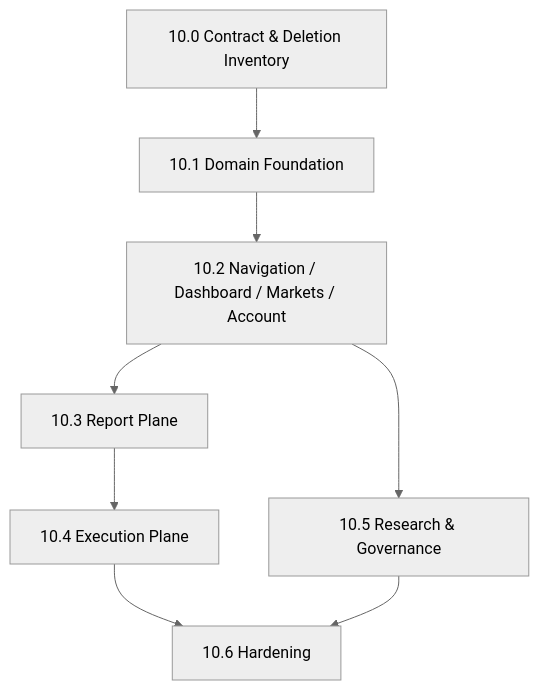
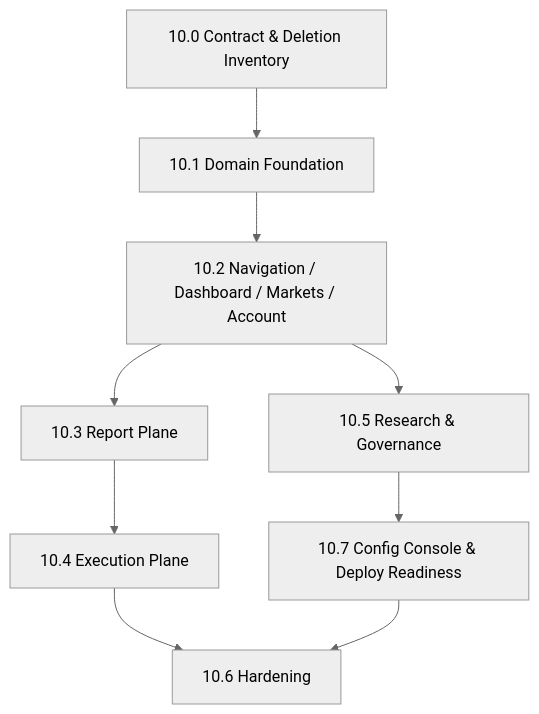
One commit to solomon-ssy/oxide-arb changed the diagram in docs/plans/quant-pivot/10-frontend-refactor.md. Above: the diagram before and after it, drawn with Mermaid (neutral theme). The commit also changed other lines of this file and 330 other files, not shown here.

Commit message:
feat(migration,models,repository,storage,core,web,xtask,docs,config): 🧬 Close typed persistence — sql-contract registry, JSONB/persistence field audits, semantic newtypes, SeaORM 2.0.0 stable, plaintext SecretText deploy config, and drop constant inventory

````diff
--- a/docs/plans/quant-pivot/10-frontend-refactor.md
+++ b/docs/plans/quant-pivot/10-frontend-refactor.md
@@ -71,18 +72,20 @@
 ```mermaid
 flowchart TD
     F0["10.0 Contract & Deletion Inventory"]
     F1["10.1 Domain Foundation"]
     F2["10.2 Navigation / Dashboard / Markets / Account"]
     F3["10.3 Report Plane"]
     F4["10.4 Execution Plane"]
     F5["10.5 Research & Governance"]
+    F7["10.7 Config Console & Deploy Readiness"]
     F6["10.6 Hardening"]
 
     F0 --> F1
     F1 --> F2
     F2 --> F3
     F3 --> F4
     F2 --> F5
     F4 --> F6
-    F5 --> F6
+    F5 --> F7
+    F7 --> F6
 ```
````
